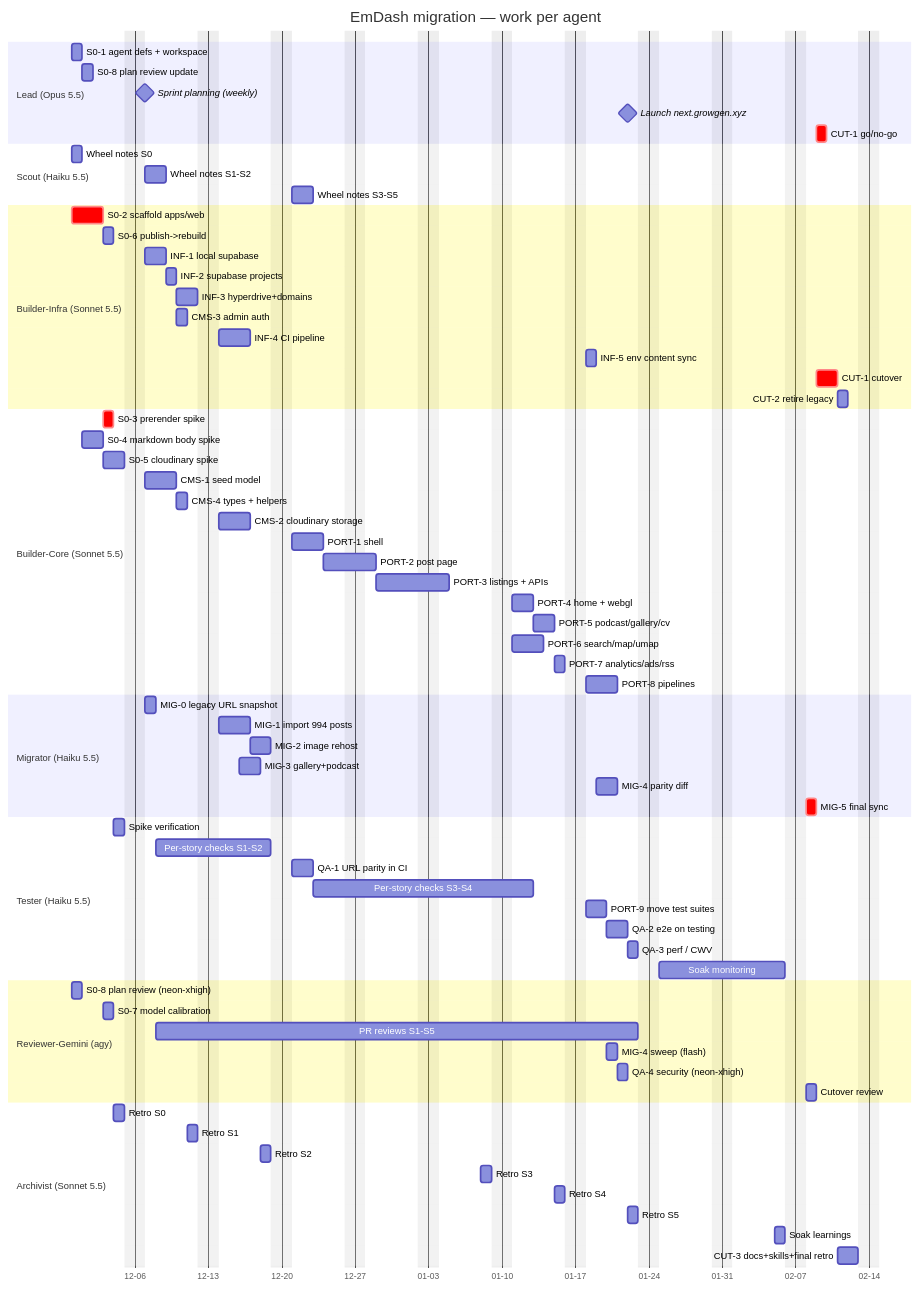
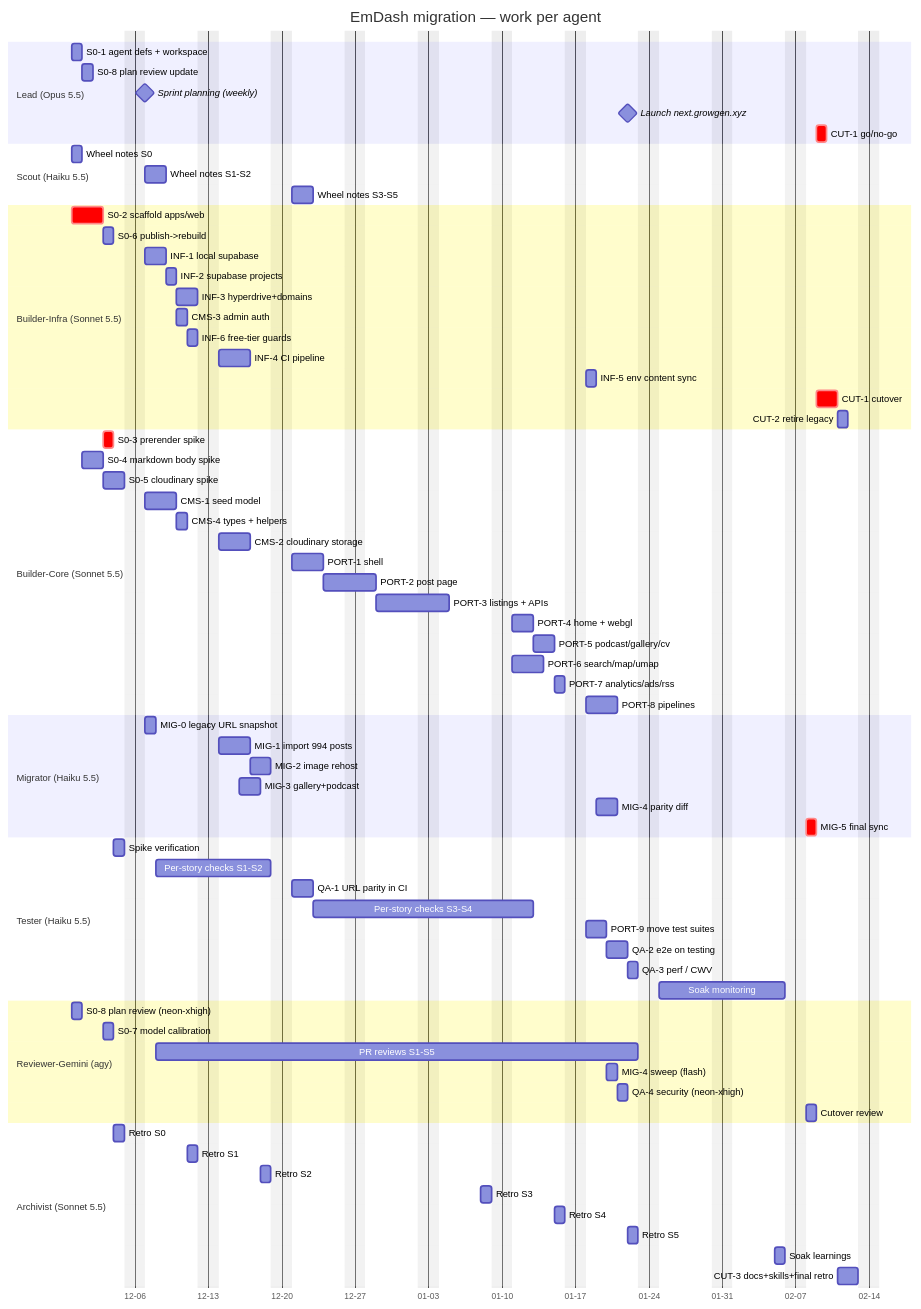
The second of 2 diagrams in docs/plan/emdash-migration-plan.md (gongbaodd/blog.gongbushang.com), drawn with Mermaid before and after one commit. The commit also changed other lines of this file and 1 other file, not shown here.

```diff
--- a/docs/plan/emdash-migration-plan.md
+++ b/docs/plan/emdash-migration-plan.md
@@ -278,6 +279,7 @@
   INF-2 supabase projects     :bi4, after bi3, 1d
   INF-3 hyperdrive+domains    :bi5, after bi4, 2d
   CMS-3 admin auth            :bi6, 2026-12-10, 1d
+  INF-6 free-tier guards      :bi6b, 2026-12-11, 1d
   INF-4 CI pipeline           :bi7, 2026-12-14, 3d
   INF-5 env content sync      :bi8, 2027-01-18, 1d
   CUT-1 cutover               :crit, bi9, 2027-02-09, 2d
```
